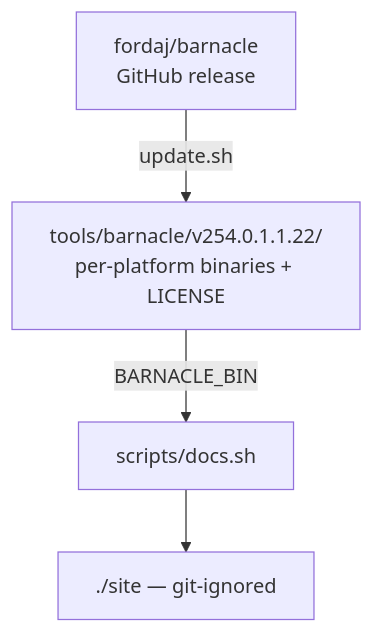
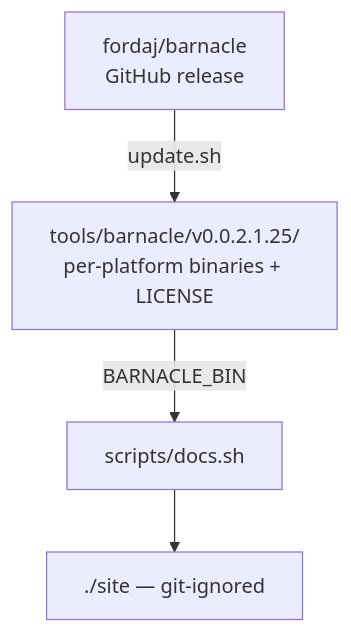
The diagram in tools/barnacle/update.sh.md (fordaj/formattington), drawn with Mermaid before and after one commit. The commit also changed other lines of this file and 19 other files, not shown here.

````diff
--- a/tools/barnacle/update.sh.md
+++ b/tools/barnacle/update.sh.md
@@ -3,7 +3,7 @@
 ```mermaid
 flowchart TD
-    Release[fordaj/barnacle<br/>GitHub release] -->|update.sh| Bundle[tools/barnacle/v254.0.1.1.22/<br/>per-platform binaries + LICENSE]
+    Release[fordaj/barnacle<br/>GitHub release] -->|update.sh| Bundle[tools/barnacle/v0.0.2.1.25/<br/>per-platform binaries + LICENSE]
     Bundle -->|BARNACLE_BIN| Docs[scripts/docs.sh]
     Docs --> Site[./site — git-ignored]
     click Docs href "../../scripts/docs.sh.md"
 ```
````
